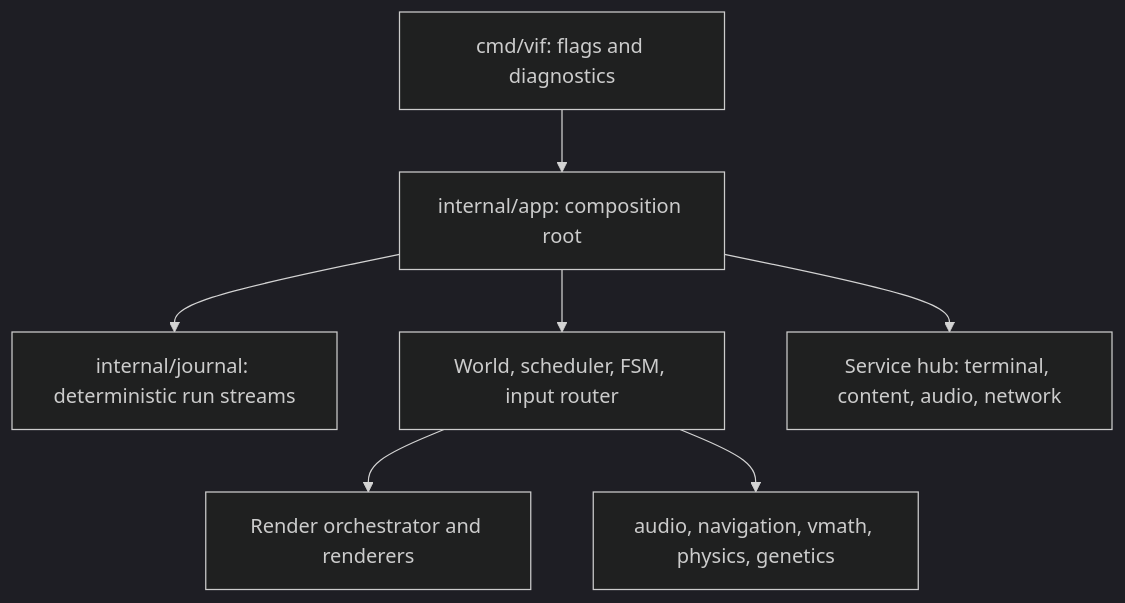
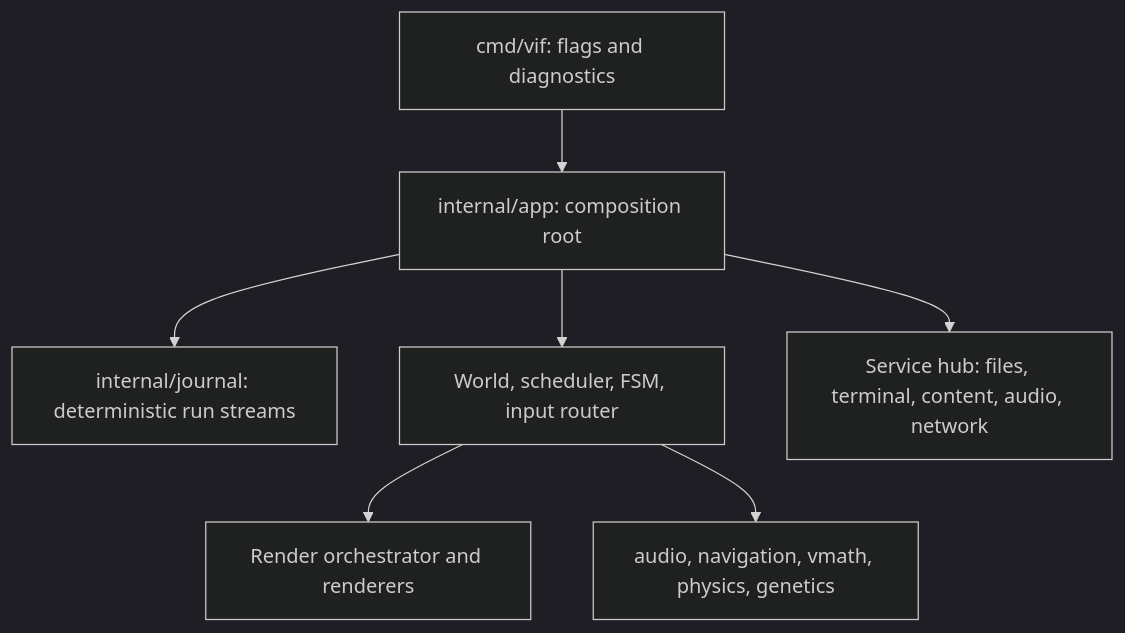
The second of 3 diagrams in doc/architecture.md (lixenwraith/vi-fighter), drawn with Mermaid (dark theme) before and after one commit. The commit also changed other lines of this file and 26 other files, not shown here.

````diff
--- a/doc/architecture.md
+++ b/doc/architecture.md
@@ -36,9 +36,9 @@
 ```mermaid
 flowchart TD
     Entry["cmd/vif: flags and diagnostics"] --> App["internal/app: composition root"]
     App --> Journal["internal/journal: deterministic run streams"]
     App --> Runtime["World, scheduler, FSM, input router"]
-    App --> IO["Service hub: terminal, content, audio, network"]
+    App --> IO["Service hub: files, terminal, content, audio, network"]
     Runtime --> Presentation["Render orchestrator and renderers"]
     Runtime --> Libraries["audio, navigation, vmath, physics, genetics"]
 ```
````
